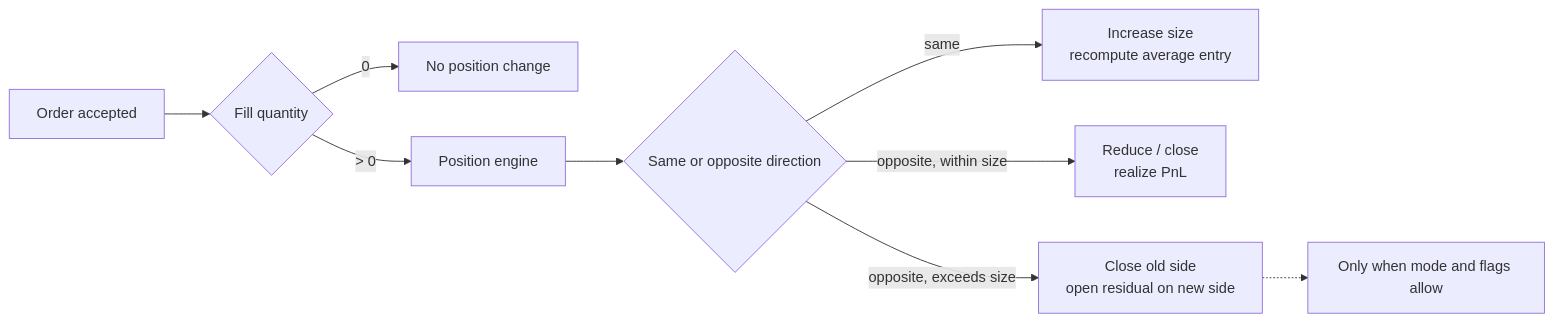
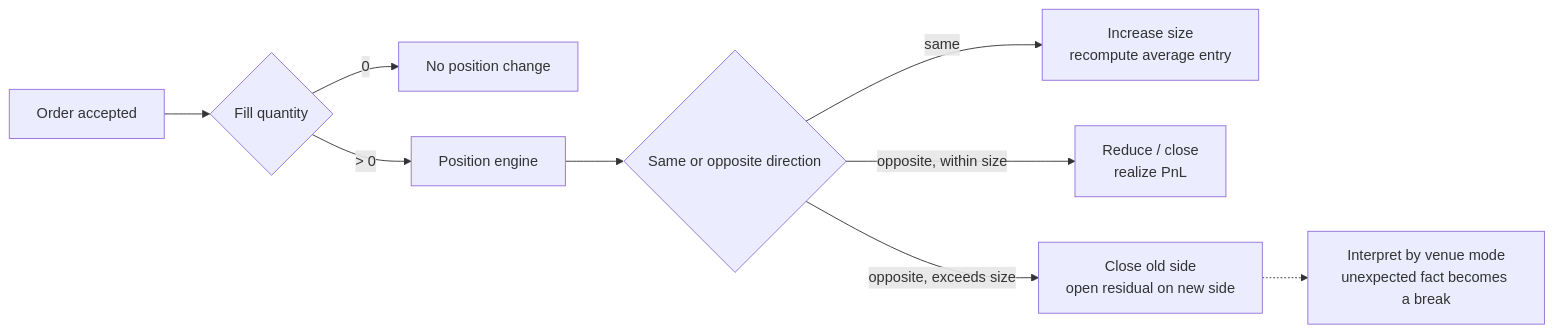
The first of 6 diagrams in src/content/posts/2026-03-09-position-lifecycle-and-pnl.md (lcha-reln/signal-grid-blog), drawn with Mermaid before and after one commit. The commit also changed other lines of this file and 11 other files, not shown here.

````diff
--- a/src/content/posts/2026-03-09-position-lifecycle-and-pnl.md
+++ b/src/content/posts/2026-03-09-position-lifecycle-and-pnl.md
@@ -44,11 +76,11 @@
 ```mermaid
 flowchart LR
   O["Order accepted"] --> F{"Fill quantity"}
   F -->|"0"| N["No position change"]
   F -->|"> 0"| P["Position engine"]
   P --> S{"Same or opposite direction"}
   S -->|"same"| A["Increase size<br/>recompute average entry"]
   S -->|"opposite, within size"| R["Reduce / close<br/>realize PnL"]
   S -->|"opposite, exceeds size"| X["Close old side<br/>open residual on new side"]
-  X -.-> G["Only when mode and flags allow"]
+  X -.-> G["Interpret by venue mode<br/>unexpected fact becomes a break"]
 ```
````
